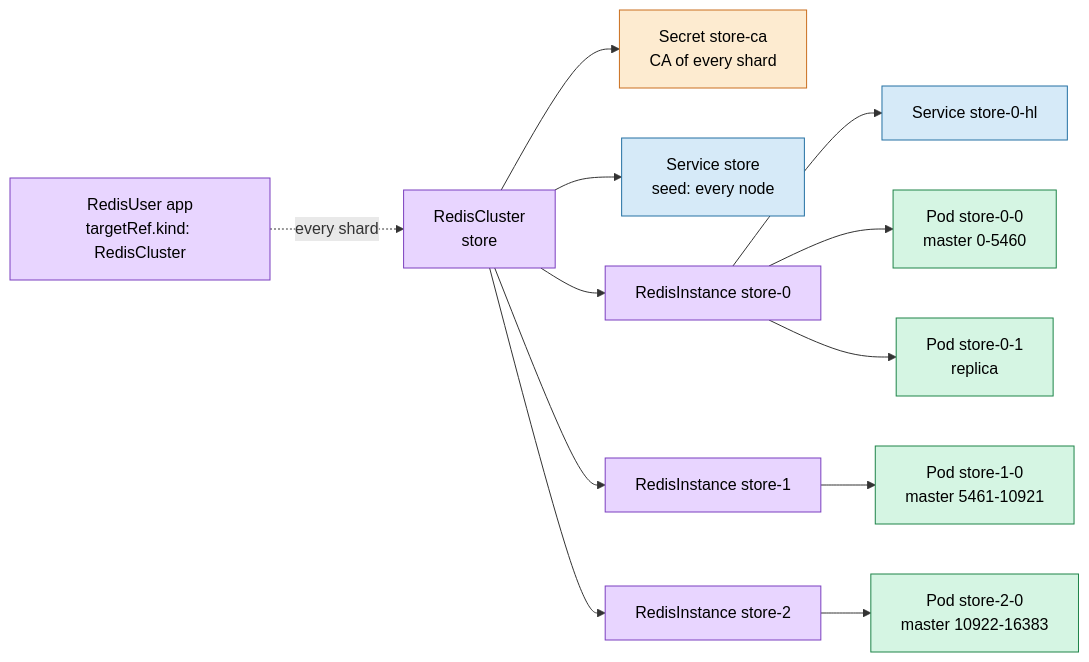
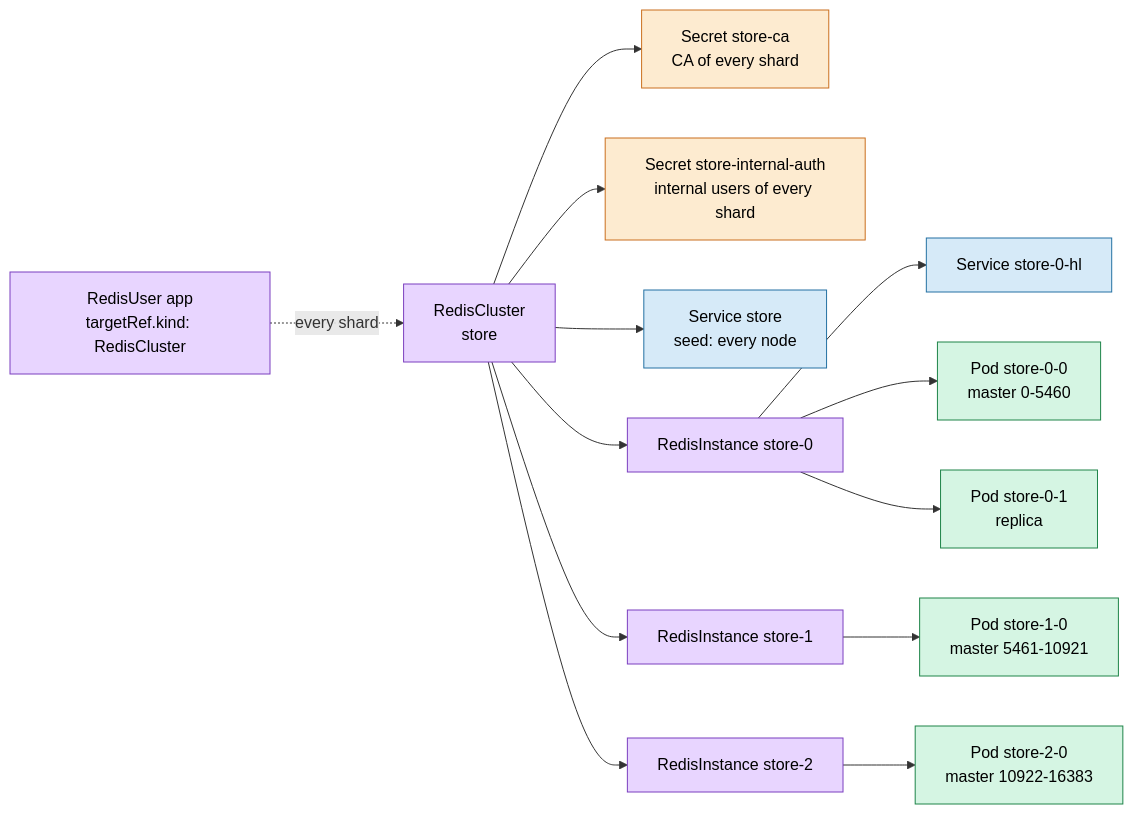
Diagram 12 of 14 in docs/architecture.md (MrPickle311/redis-operator), drawn with Mermaid before and after one commit. The commit also changed other lines of this file and 4 other files, not shown here.

````diff
--- a/docs/architecture.md
+++ b/docs/architecture.md
@@ -1397,21 +1397,22 @@
 ```mermaid
 flowchart LR
     classDef cr fill:#e8d5ff,stroke:#7b3fbf,color:#000
     classDef pod fill:#d5f5e3,stroke:#1e8449,color:#000
     classDef svc fill:#d6eaf8,stroke:#2471a3,color:#000
     classDef secret fill:#fdebd0,stroke:#ca6f1e,color:#000
 
     RC["RedisCluster<br/>store"]:::cr
     RC --> CA["Secret store-ca<br/>CA of every shard"]:::secret
+    RC --> AUTH["Secret store-internal-auth<br/>internal users of every shard"]:::secret
     RC --> SEED["Service store<br/>seed: every node"]:::svc
     RC --> S0["RedisInstance store-0"]:::cr
     RC --> S1["RedisInstance store-1"]:::cr
     RC --> S2["RedisInstance store-2"]:::cr
     S0 --> HL0["Service store-0-hl"]:::svc
     S0 --> P00["Pod store-0-0<br/>master 0-5460"]:::pod
     S0 --> P01["Pod store-0-1<br/>replica"]:::pod
     S1 --> P10["Pod store-1-0<br/>master 5461-10921"]:::pod
     S2 --> P20["Pod store-2-0<br/>master 10922-16383"]:::pod
     RU["RedisUser app<br/>targetRef.kind: RedisCluster"]:::cr
     RU -. every shard .-> RC
 ```
````
